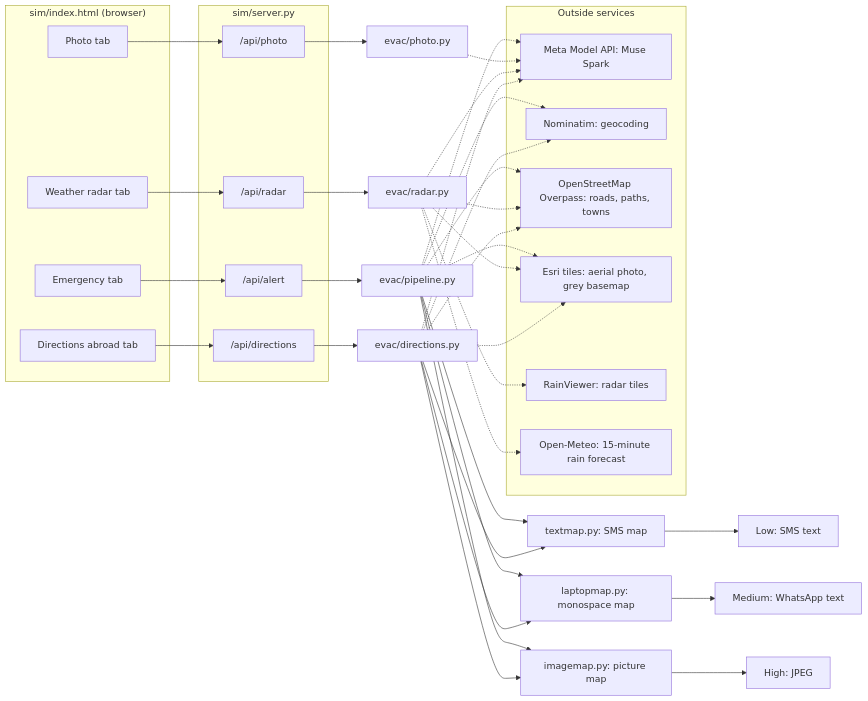
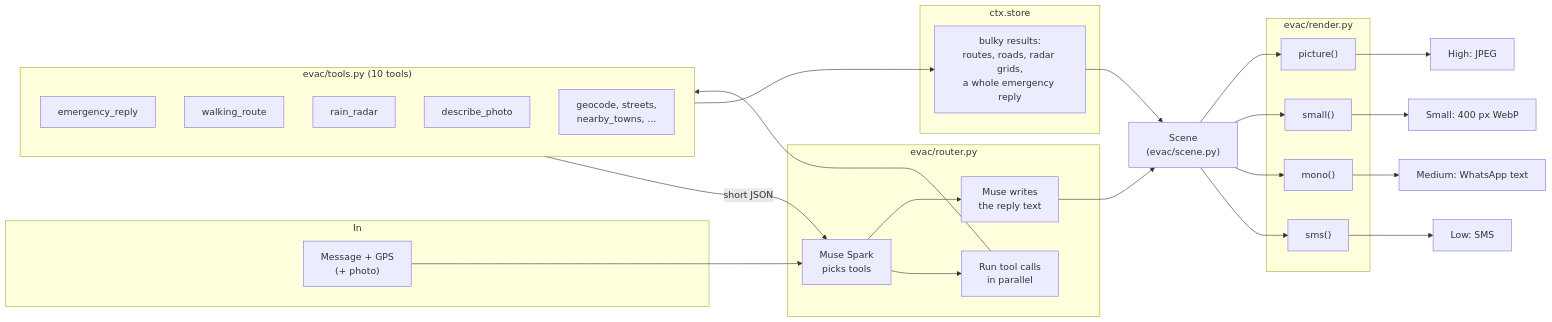
Before and after one commit to JacobOuyang/MapsImagesText: the first of 7 diagrams in README.md, drawn with Mermaid. The commit also changed other lines of this file and 19 other files, not shown here.

````diff
--- a/README.md
+++ b/README.md
@@ -22,43 +25,37 @@
 ```mermaid
 flowchart LR
-  subgraph Page["sim/index.html (browser)"]
-    T1[Emergency tab]
-    T2[Photo tab]
-    T3[Weather radar tab]
-    T4[Directions abroad tab]
+  subgraph In["In"]
+    M["Message + GPS<br/>(+ photo)"]
   end
-  subgraph Server["sim/server.py"]
-    A["/api/alert"]
-    P["/api/photo"]
-    R["/api/radar"]
-    D["/api/directions"]
+  subgraph Router["evac/router.py"]
+    MU["Muse Spark<br/>picks tools"]
+    RUN["Run tool calls<br/>in parallel"]
+    TXT["Muse writes<br/>the reply text"]
   end
-  T1 --> A --> PL[evac/pipeline.py]
-  T2 --> P --> PH[evac/photo.py]
-  T3 --> R --> RA[evac/radar.py]
-  T4 --> D --> DI[evac/directions.py]
-
-  PL --> TM["textmap.py: SMS map"]
-  PL --> LM["laptopmap.py: monospace map"]
-  PL --> IM["imagemap.py: picture map"]
-  DI --> TM
-  DI --> LM
-  DI --> IM
-
-  subgraph Outside["Outside services"]
-    MUSE["Meta Model API: Muse Spark"]
-    NOM["Nominatim: geocoding"]
-    OVP["OpenStreetMap Overpass: roads, paths, towns"]
-    ESRI["Esri tiles: aerial photo, grey basemap"]
-    RV["RainViewer: radar tiles"]
-    OM["Open-Meteo: 15-minute rain forecast"]
+  subgraph Tools["evac/tools.py (10 tools)"]
+    T1[emergency_reply]
+    T2[walking_route]
+    T3[rain_radar]
+    T4[describe_photo]
+    T5["geocode, streets,<br/>nearby_towns, ..."]
   end
-  PL -.-> MUSE & NOM & OVP & ESRI
-  PH -.-> MUSE
-  RA -.-> RV & OM & OVP & ESRI & MUSE
-  DI -.-> NOM & OVP & ESRI & MUSE
-
-  TM --> OUT1["Low: SMS text"]
-  LM --> OUT2["Medium: WhatsApp text"]
-  IM --> OUT3["High: JPEG"]
+  subgraph Store["ctx.store"]
+    S["bulky results:<br/>routes, roads, radar grids,<br/>a whole emergency reply"]
+  end
+  SC["Scene<br/>(evac/scene.py)"]
+  subgraph Render["evac/render.py"]
+    R1["sms()"]
+    R2["mono()"]
+    R3["small()"]
+    R4["picture()"]
+  end
+  M --> MU --> RUN --> Tools
+  Tools -- "short JSON" --> MU
+  Tools --> S --> SC
+  MU --> TXT --> SC
+  SC --> R1 & R2 & R3 & R4
+  R1 --> O1["Low: SMS"]
+  R2 --> O2["Medium: WhatsApp text"]
+  R3 --> O3["Small: 400 px WebP"]
+  R4 --> O4["High: JPEG"]
 ```
````
